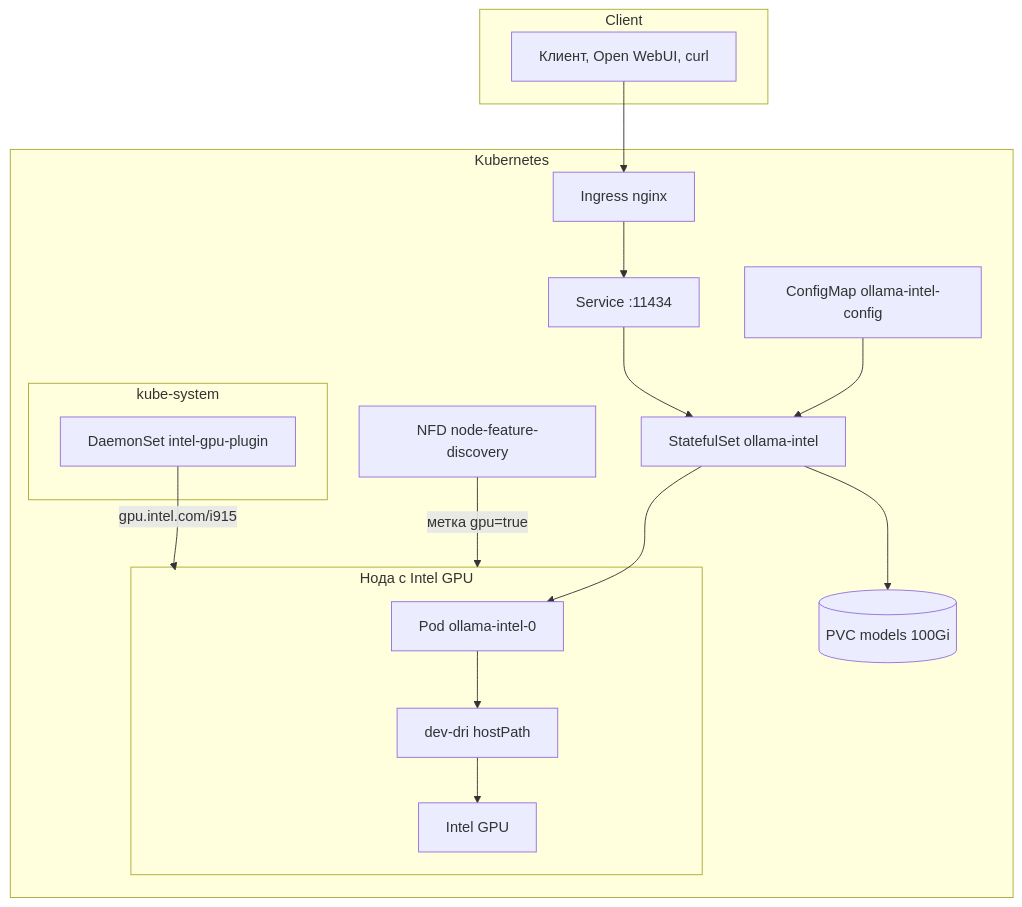
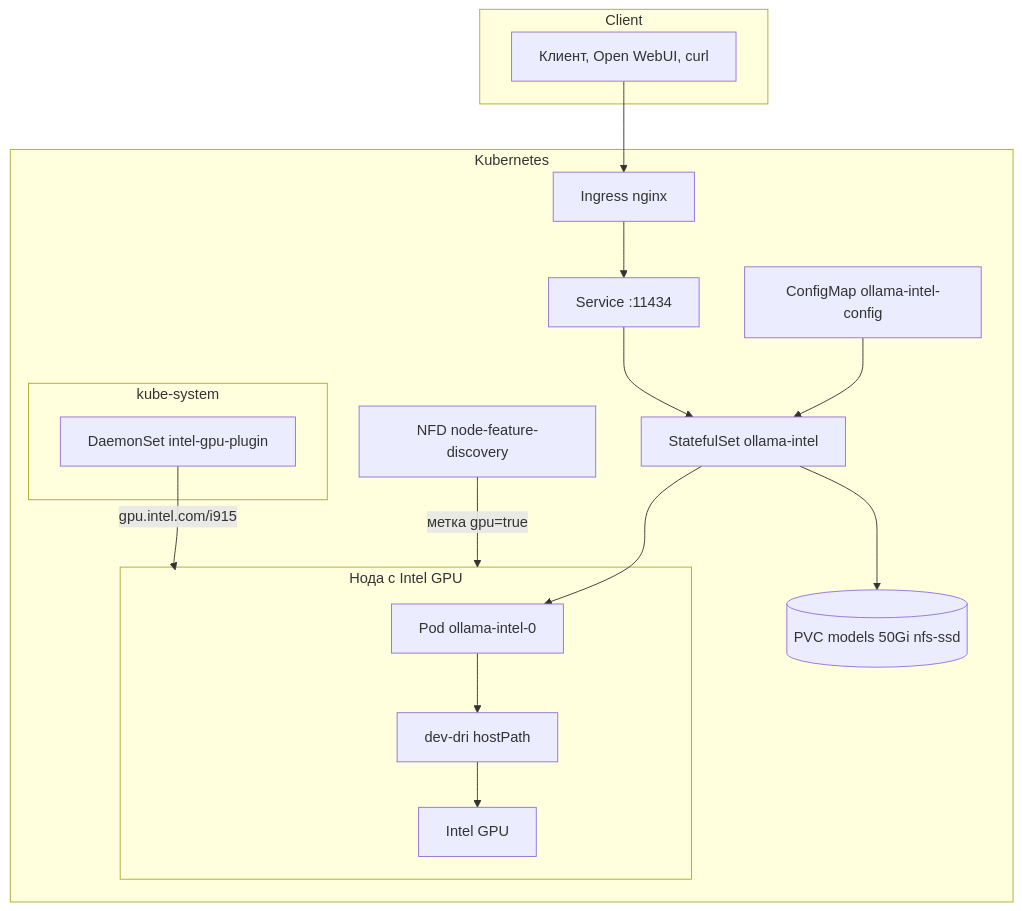
Before and after one commit to vutratenko/ollama-intel-k8s: the diagram in README.md, drawn with Mermaid. The commit also changed other lines of this file and 1 other file, not shown here.

First line of the commit message:
Switch models PVC to nfs-ssd StorageClass at 50Gi.

````diff
--- a/README.md
+++ b/README.md
@@ -31,33 +31,33 @@
 ```mermaid
 flowchart TB
     subgraph client ["Client"]
         U["Клиент, Open WebUI, curl"]
     end
 
     subgraph k8s ["Kubernetes"]
         ING["Ingress nginx"]
         SVC["Service :11434"]
         STS["StatefulSet ollama-intel"]
-        PVC[("PVC models 100Gi")]
+        PVC[("PVC models 50Gi nfs-ssd")]
         CM["ConfigMap ollama-intel-config"]
 
         subgraph gpu_node ["Нода с Intel GPU"]
             POD["Pod ollama-intel-0"]
             DRI["dev-dri hostPath"]
             GPU["Intel GPU"]
         end
 
         subgraph kube_system ["kube-system"]
             PLUGIN["DaemonSet intel-gpu-plugin"]
         end
 
         NFD["NFD node-feature-discovery"]
     end
 
     U --> ING --> SVC --> STS --> POD
     STS --> PVC
     CM --> STS
     NFD -->|"метка gpu=true"| gpu_node
     PLUGIN -->|"gpu.intel.com/i915"| gpu_node
     POD --> DRI --> GPU
 ```
````
